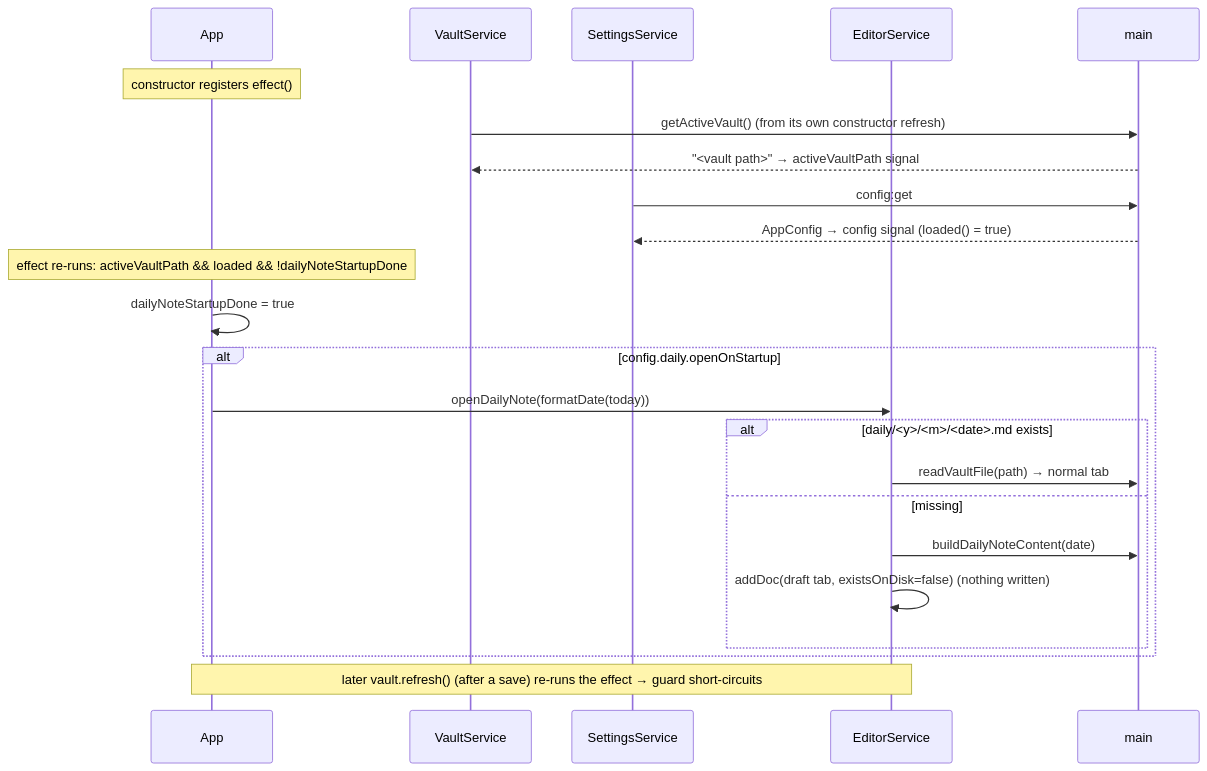
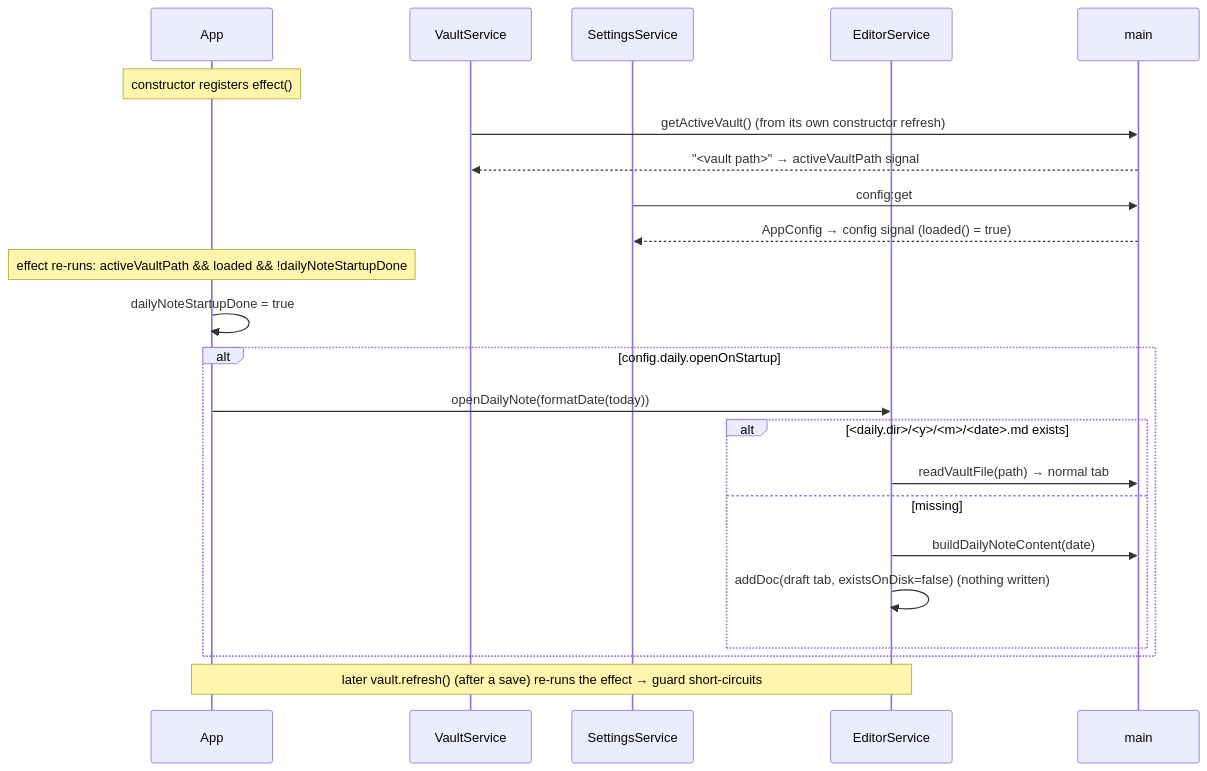
One commit to HenrikPuls/Drey changed diagram 19 of 41 in docs/06_runtime_view.md. Above: the diagram before and after it, drawn with Mermaid. The commit also changed other lines of this file and 22 other files, not shown here.

````diff
--- a/docs/06_runtime_view.md
+++ b/docs/06_runtime_view.md
@@ -960,26 +962,26 @@
 ```mermaid
 sequenceDiagram
     participant App
     participant VaultService
     participant SettingsService
     participant EditorService
     participant Main as main
 
     Note over App: constructor registers effect()
     VaultService->>Main: getActiveVault()  (from its own constructor refresh)
     Main-->>VaultService: "<vault path>"  → activeVaultPath signal
     SettingsService->>Main: config:get
     Main-->>SettingsService: AppConfig  → config signal (loaded() = true)
     Note over App: effect re-runs: activeVaultPath && loaded && !dailyNoteStartupDone
     App->>App: dailyNoteStartupDone = true
     alt config.daily.openOnStartup
         App->>EditorService: openDailyNote(formatDate(today))
-        alt daily/<y>/<m>/<date>.md exists
+        alt <daily.dir>/<y>/<m>/<date>.md exists
             EditorService->>Main: readVaultFile(path) → normal tab
         else missing
             EditorService->>Main: buildDailyNoteContent(date)
             EditorService->>EditorService: addDoc(draft tab, existsOnDisk=false)  (nothing written)
         end
     end
     Note over App,EditorService: later vault.refresh() (after a save) re-runs the effect → guard short-circuits
 ```
````
